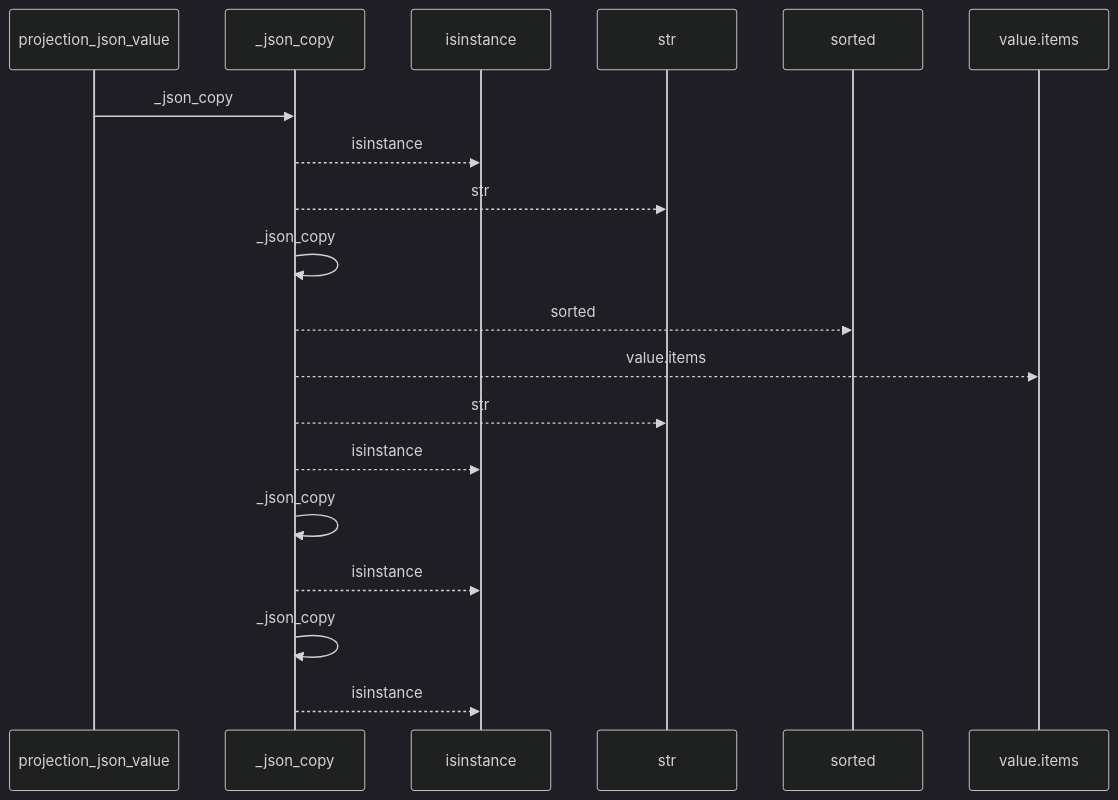
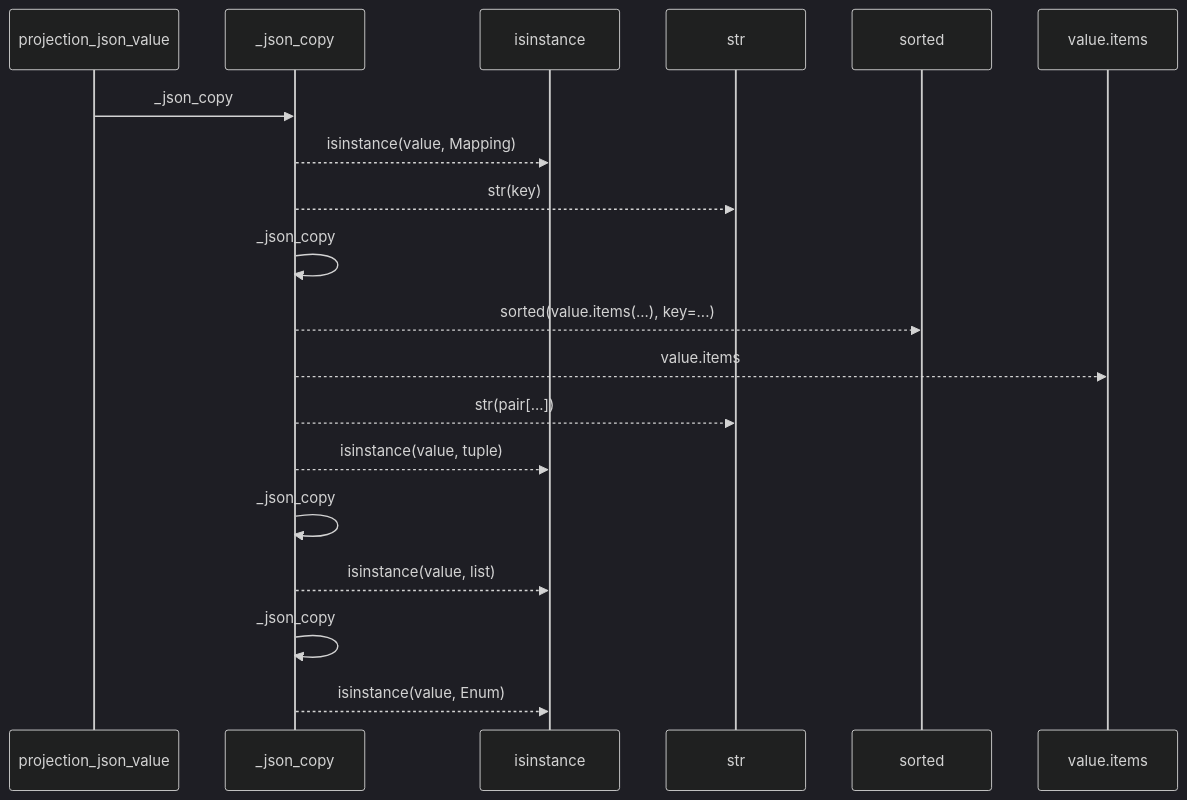
Before and after one commit to Denissvgn/python-wiki-llm: the first of 2 diagrams in docs/llm_wiki/flows/api-projection_json_value.md, drawn with Mermaid (dark theme). The commit also changed other lines of this file and 1410 other files, not shown here.

````diff
--- a/docs/llm_wiki/flows/api-projection_json_value.md
+++ b/docs/llm_wiki/flows/api-projection_json_value.md
@@ -10,21 +12,21 @@
 ```mermaid
 sequenceDiagram
     participant p0 as projection_json_value
     participant p1 as _json_copy
     participant p2 as isinstance
     participant p3 as str
     participant p4 as sorted
     participant p5 as value.items
     p0->>p1: _json_copy
-    p1-->>p2: isinstance
-    p1-->>p3: str
+    p1-->>p2: isinstance(value, Mapping)
+    p1-->>p3: str(key)
     p1->>p1: _json_copy
-    p1-->>p4: sorted
+    p1-->>p4: sorted(value.items(...), key=...)
     p1-->>p5: value.items
-    p1-->>p3: str
-    p1-->>p2: isinstance
+    p1-->>p3: str(pair[...])
+    p1-->>p2: isinstance(value, tuple)
     p1->>p1: _json_copy
-    p1-->>p2: isinstance
+    p1-->>p2: isinstance(value, list)
     p1->>p1: _json_copy
-    p1-->>p2: isinstance
+    p1-->>p2: isinstance(value, Enum)
 ```
````
